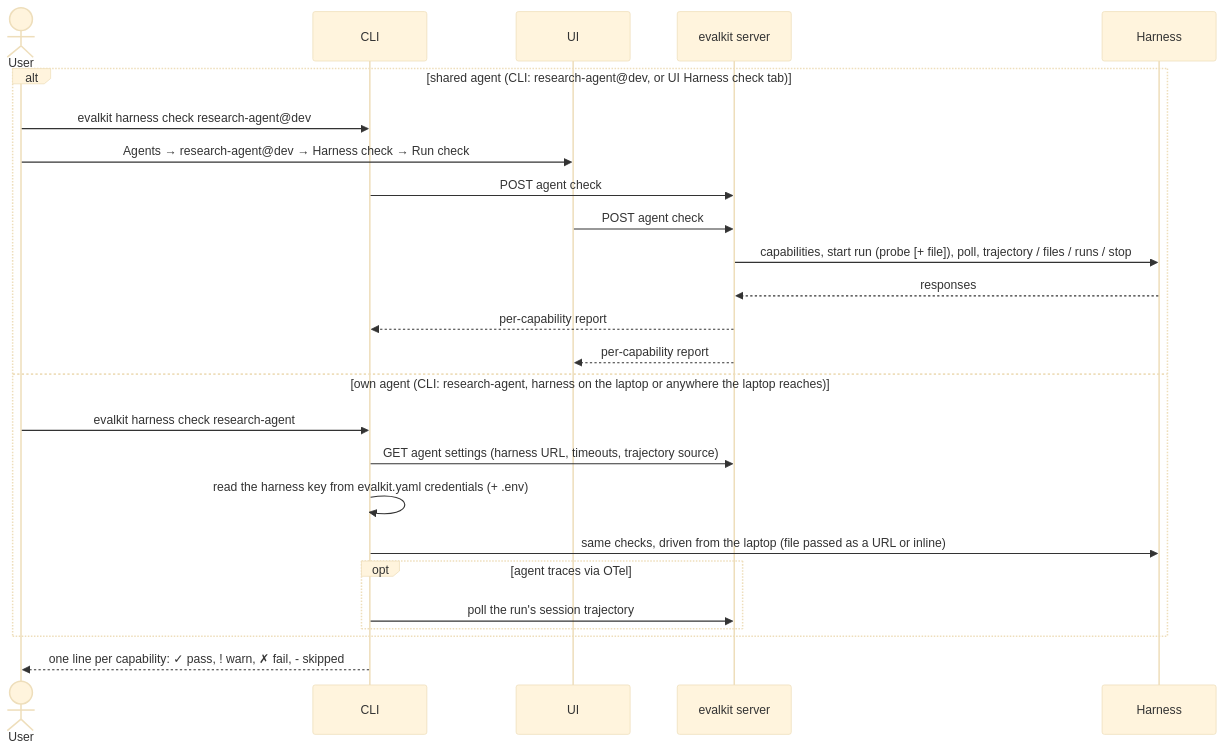
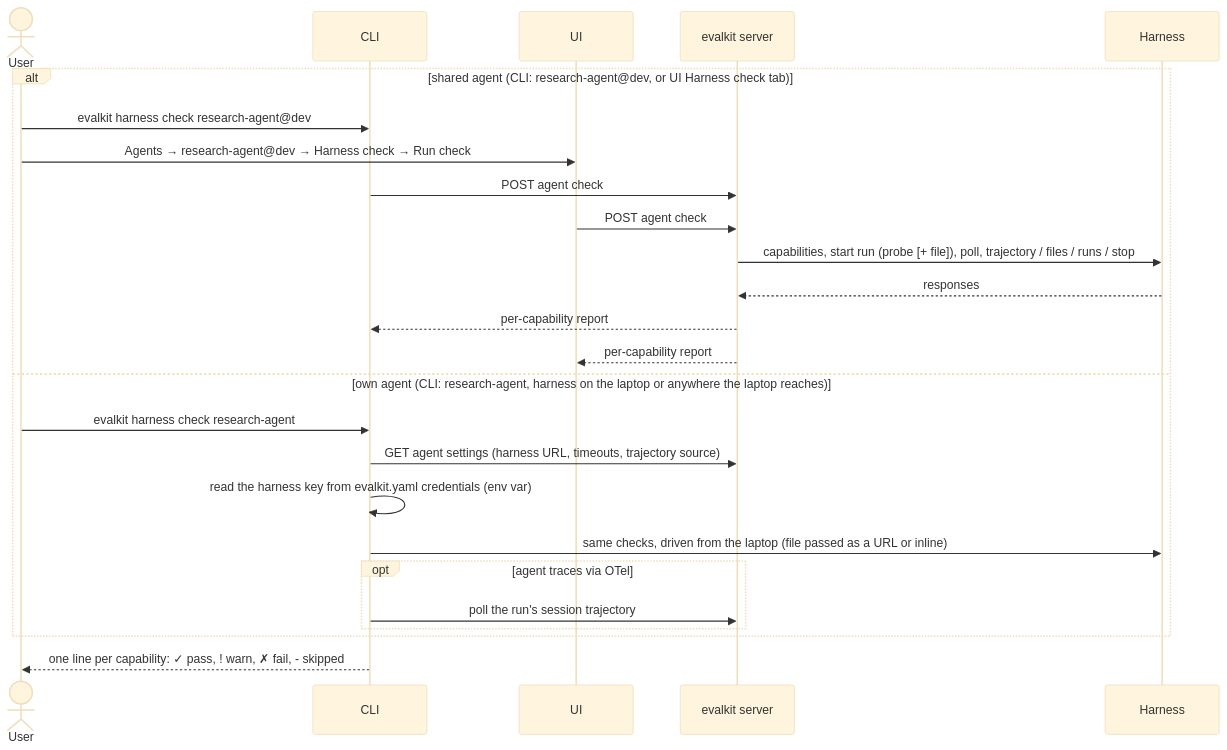
One commit to inferedge-ai/evalkit changed the diagram in docs/flows/15-harness-check.md. Above: the diagram before and after it, drawn with Mermaid (base theme). The commit also changed other lines of this file and 22 other files, not shown here.

First line of the commit message:
Read evalkit.yaml keys only from the environment (#135)

````diff
--- a/docs/flows/15-harness-check.md
+++ b/docs/flows/15-harness-check.md
@@ -16,28 +16,28 @@
 ```mermaid
 sequenceDiagram
   actor U as User
   participant CLI
   participant UI
   participant S as evalkit server
   participant H as Harness
 
   alt shared agent (CLI: research-agent@dev, or UI Harness check tab)
     U->>CLI: evalkit harness check research-agent@dev
     U->>UI: Agents → research-agent@dev → Harness check → Run check
     CLI->>S: POST agent check
     UI->>S: POST agent check
     S->>H: capabilities, start run (probe [+ file]), poll, trajectory / files / runs / stop
     H-->>S: responses
     S-->>CLI: per-capability report
     S-->>UI: per-capability report
   else own agent (CLI: research-agent, harness on the laptop or anywhere the laptop reaches)
     U->>CLI: evalkit harness check research-agent
     CLI->>S: GET agent settings (harness URL, timeouts, trajectory source)
-    CLI->>CLI: read the harness key from evalkit.yaml credentials (+ .env)
+    CLI->>CLI: read the harness key from evalkit.yaml credentials (env var)
     CLI->>H: same checks, driven from the laptop (file passed as a URL or inline)
     opt agent traces via OTel
       CLI->>S: poll the run's session trajectory
     end
   end
   CLI-->>U: one line per capability: ✓ pass, ! warn, ✗ fail, - skipped
 ```
````
